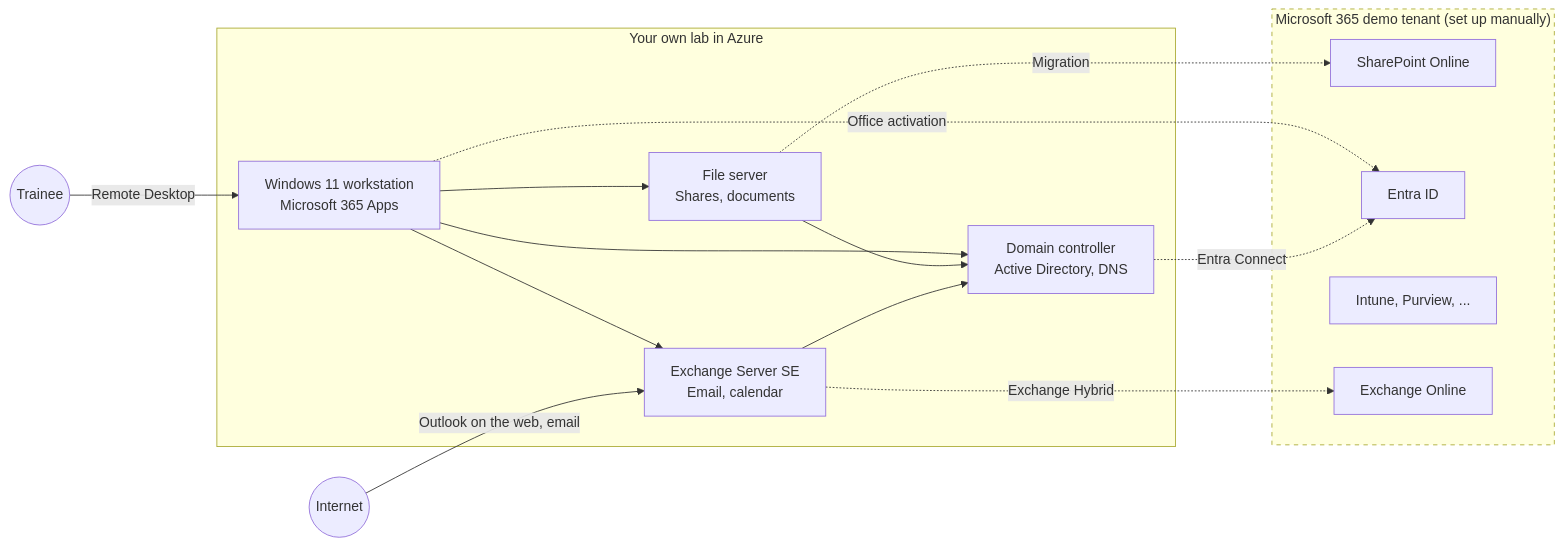
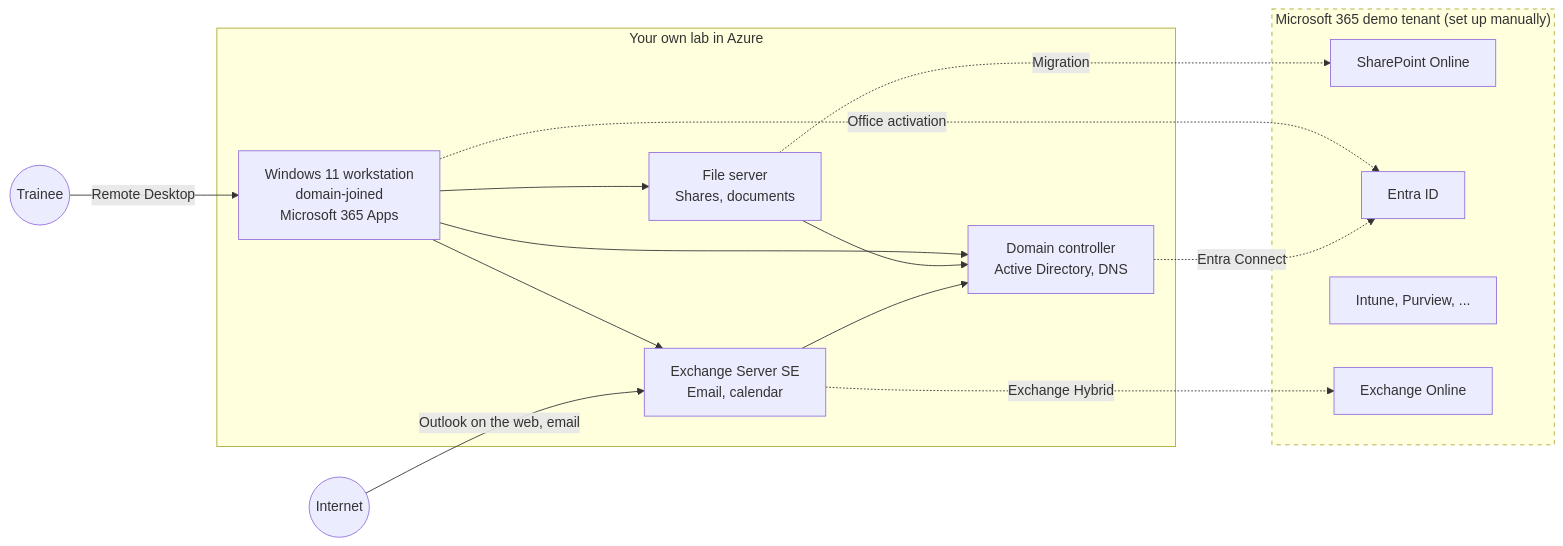
One commit to sredlin/TraineeLab changed the first of 2 diagrams in readme.md. Above: the diagram before and after it, drawn with Mermaid. The commit also changed other lines of this file, not shown here.

Commit message:
docs(readme): mark the Windows 11 workstation as domain-joined

````diff
--- a/readme.md
+++ b/readme.md
@@ -81,27 +81,27 @@
 ```mermaid
 flowchart LR
     subgraph LAB[Your own lab in Azure]
-        CL[Windows 11 workstation<br/>Microsoft 365 Apps]
+        CL[Windows 11 workstation<br/>domain-joined<br/>Microsoft 365 Apps]
         FS[File server<br/>Shares, documents]
         DC[Domain controller<br/>Active Directory, DNS]
         EX[Exchange Server SE<br/>Email, calendar]
         CL --> FS
         CL --> DC
         CL --> EX
         FS --> DC
         EX --> DC
     end
     subgraph M365["Microsoft 365 demo tenant (set up manually)"]
         SPO[SharePoint Online]
         ENTRA[Entra ID]
         MORE["Intune, Purview, ..."]
         EXO[Exchange Online]
     end
     TRAINEE((Trainee)) -->|Remote Desktop| CL
     INTERNET((Internet)) -->|Outlook on the web, email| EX
     FS -.->|Migration| SPO
     CL -.->|Office activation| ENTRA
     DC -.->|Entra Connect| ENTRA
     EX -.->|Exchange Hybrid| EXO
     style M365 stroke-dasharray: 5 5
 ```
````
